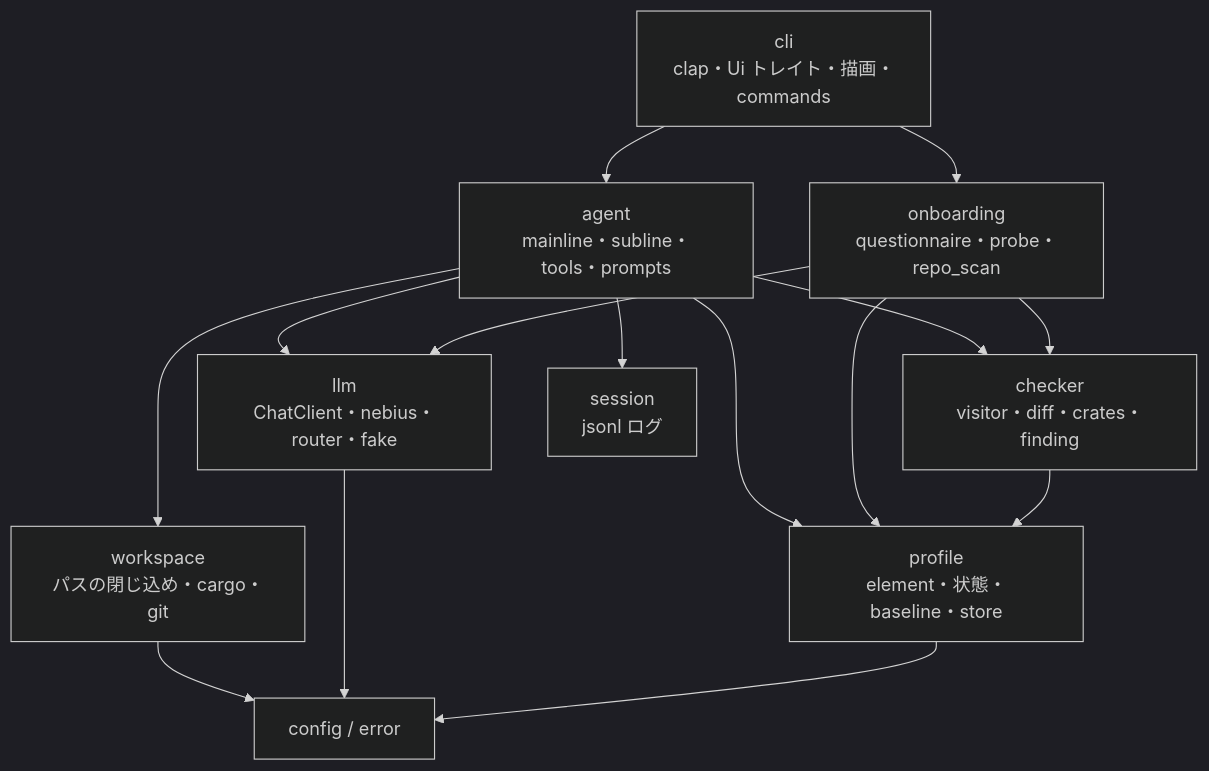
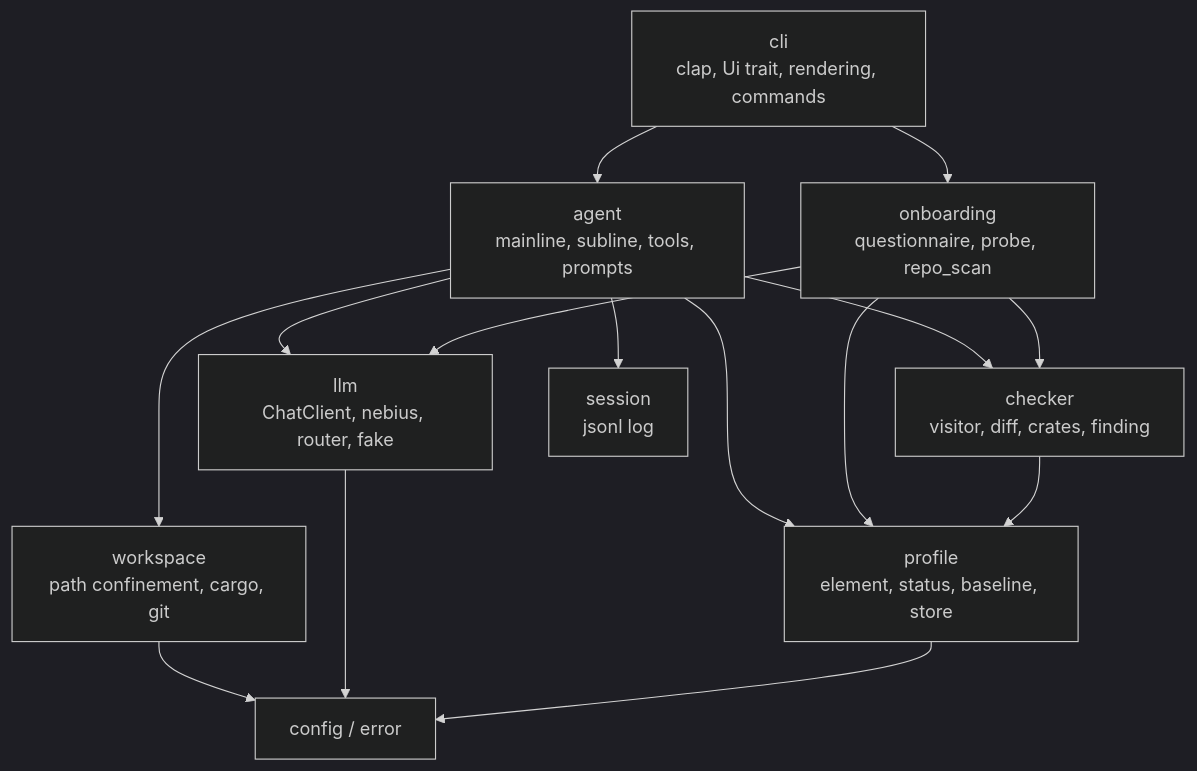
Before and after one commit to sumiredc/molt: the seventh of 9 diagrams in PRD.md, drawn with Mermaid (dark theme). The commit also changed other lines of this file and 1 other file, not shown here.

````diff
--- a/PRD.md
+++ b/PRD.md
@@ -307,17 +309,17 @@
 ```mermaid
 flowchart TB
-  cli["cli<br/>clap・Ui トレイト・描画・commands"] --> agent["agent<br/>mainline・subline・tools・prompts"]
-  cli --> onboarding["onboarding<br/>questionnaire・probe・repo_scan"]
-  agent --> workspace["workspace<br/>パスの閉じ込め・cargo・git"]
-  agent --> checker["checker<br/>visitor・diff・crates・finding"]
-  agent --> llm["llm<br/>ChatClient・nebius・router・fake"]
-  agent --> profile["profile<br/>element・状態・baseline・store"]
-  agent --> session["session<br/>jsonl ログ"]
+  cli["cli<br/>clap, Ui trait, rendering, commands"] --> agent["agent<br/>mainline, subline, tools, prompts"]
+  cli --> onboarding["onboarding<br/>questionnaire, probe, repo_scan"]
+  agent --> workspace["workspace<br/>path confinement, cargo, git"]
+  agent --> checker["checker<br/>visitor, diff, crates, finding"]
+  agent --> llm["llm<br/>ChatClient, nebius, router, fake"]
+  agent --> profile["profile<br/>element, status, baseline, store"]
+  agent --> session["session<br/>jsonl log"]
   onboarding --> checker
   onboarding --> llm
   onboarding --> profile
   checker --> profile
   workspace --> config["config / error"]
   llm --> config
   profile --> config
 ```
````
